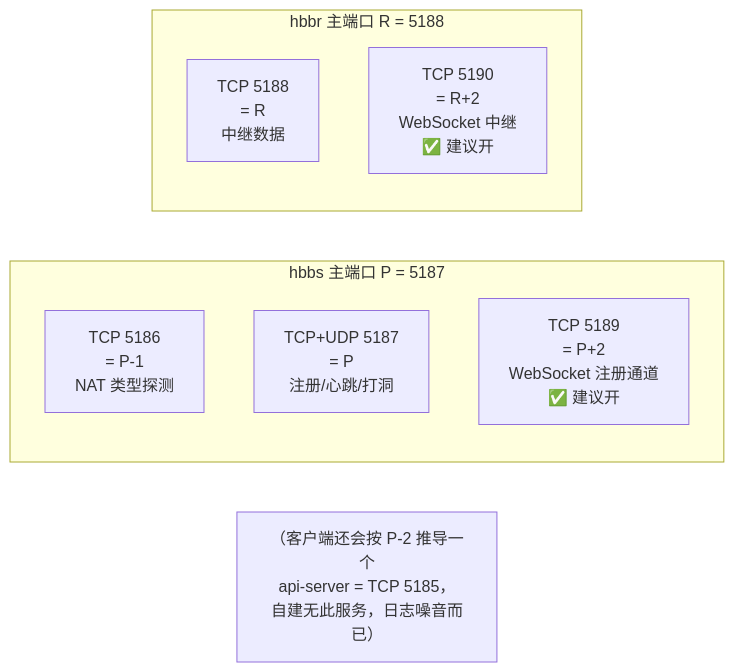
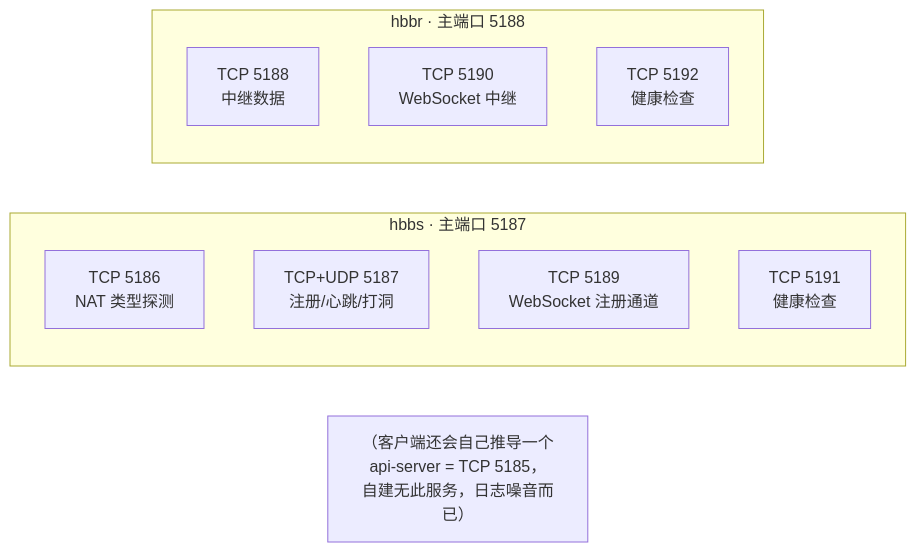
Before and after one commit to liaozhimingandy/wedesk: the second of 6 diagrams in docs/13-server-deployment-handbook.md, drawn with Mermaid. The commit also changed other lines of this file and 8 other files, not shown here.

````diff
--- a/docs/13-server-deployment-handbook.md
+++ b/docs/13-server-deployment-handbook.md
@@ -109,13 +120,15 @@
 ```mermaid
 flowchart LR
-    subgraph HBBS_D["hbbs 主端口 P = 5187"]
-        P1["TCP 5186<br/>= P-1<br/>NAT 类型探测"]
-        P2["TCP+UDP 5187<br/>= P<br/>注册/心跳/打洞"]
-        P3["TCP 5189<br/>= P+2<br/>WebSocket 注册通道<br/>✅ 建议开"]
+    subgraph HBBS_D["hbbs · 主端口 5187"]
+        P1["TCP 5186<br/>NAT 类型探测"]
+        P2["TCP+UDP 5187<br/>注册/心跳/打洞"]
+        P3["TCP 5189<br/>WebSocket 注册通道"]
+        P4["TCP 5191<br/>健康检查"]
     end
-    subgraph HBBR_D["hbbr 主端口 R = 5188"]
-        R1["TCP 5188<br/>= R<br/>中继数据"]
-        R2["TCP 5190<br/>= R+2<br/>WebSocket 中继<br/>✅ 建议开"]
+    subgraph HBBR_D["hbbr · 主端口 5188"]
+        R1["TCP 5188<br/>中继数据"]
+        R2["TCP 5190<br/>WebSocket 中继"]
+        R3["TCP 5192<br/>健康检查"]
     end
-    PS["（客户端还会按 P-2 推导一个<br/>api-server = TCP 5185，<br/>自建无此服务，日志噪音而已）"]
+    PS["（客户端还会自己推导一个<br/>api-server = TCP 5185，<br/>自建无此服务，日志噪音而已）"]
 ```
````
